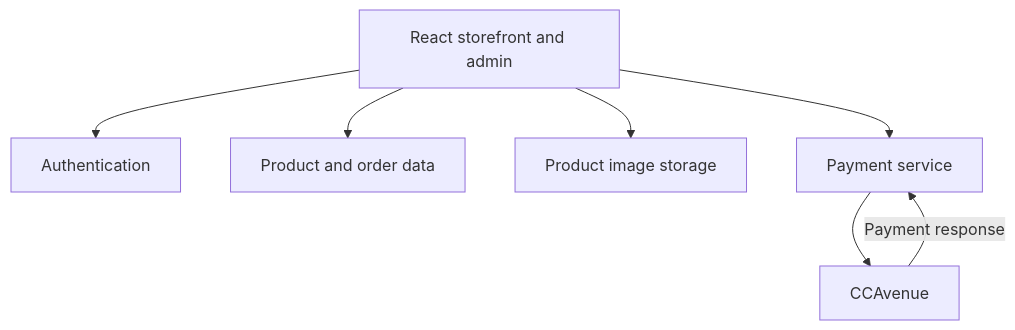
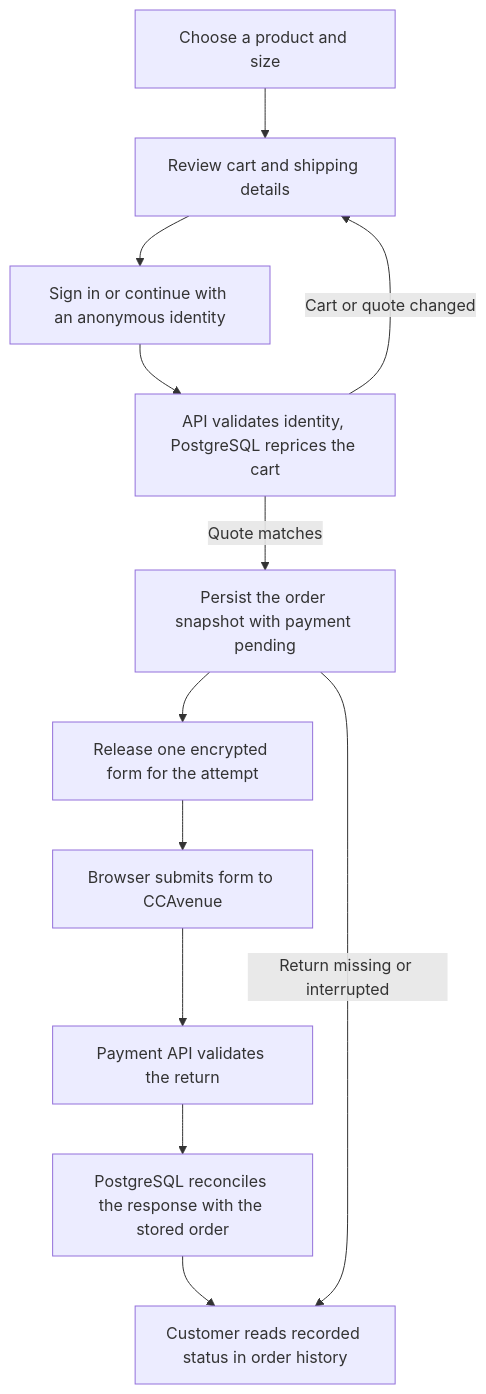
One commit to vedpatel-real-ai/full-stack-react-ecommerce-website-project changed the first of 2 diagrams in README.md. Above: the diagram before and after it, drawn with Mermaid. The commit also changed other lines of this file and 1 other file, not shown here.

Commit message:
Clarify GCMT Shop setup, architecture and checkout

````diff
--- a/README.md
+++ b/README.md
@@ -82,9 +33,14 @@
 ```mermaid
 flowchart TD
-    App["React storefront and admin"] --> Auth["Authentication"]
-    App --> Data["Product and order data"]
-    App --> Images["Product image storage"]
-    App --> Payments["Payment service"]
-    Payments --> Gateway["CCAvenue"]
-    Gateway -->|Payment response| Payments
+    Product["Choose a product and size"] --> Cart["Review cart and shipping details"]
+    Cart --> Identity["Sign in or continue with an anonymous identity"]
+    Identity --> Quote["API validates identity, PostgreSQL reprices the cart"]
+    Quote -->|Cart or quote changed| Cart
+    Quote -->|Quote matches| Order["Persist the order snapshot with payment pending"]
+    Order --> Form["Release one encrypted form for the attempt"]
+    Form --> Gateway["Browser submits form to CCAvenue"]
+    Gateway --> Callback["Payment API validates the return"]
+    Callback --> Record["PostgreSQL reconciles the response with the stored order"]
+    Record --> History["Customer reads recorded status in order history"]
+    Order -->|Return missing or interrupted| History
 ```
````
